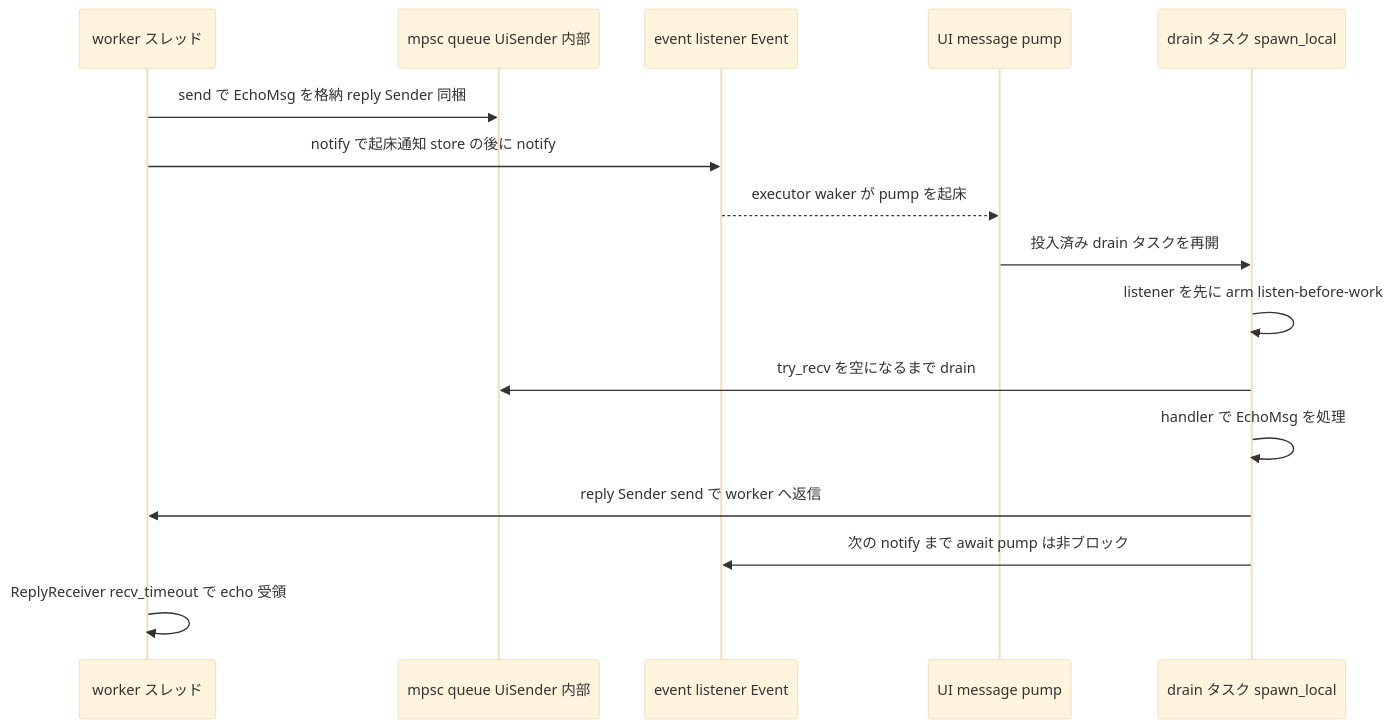
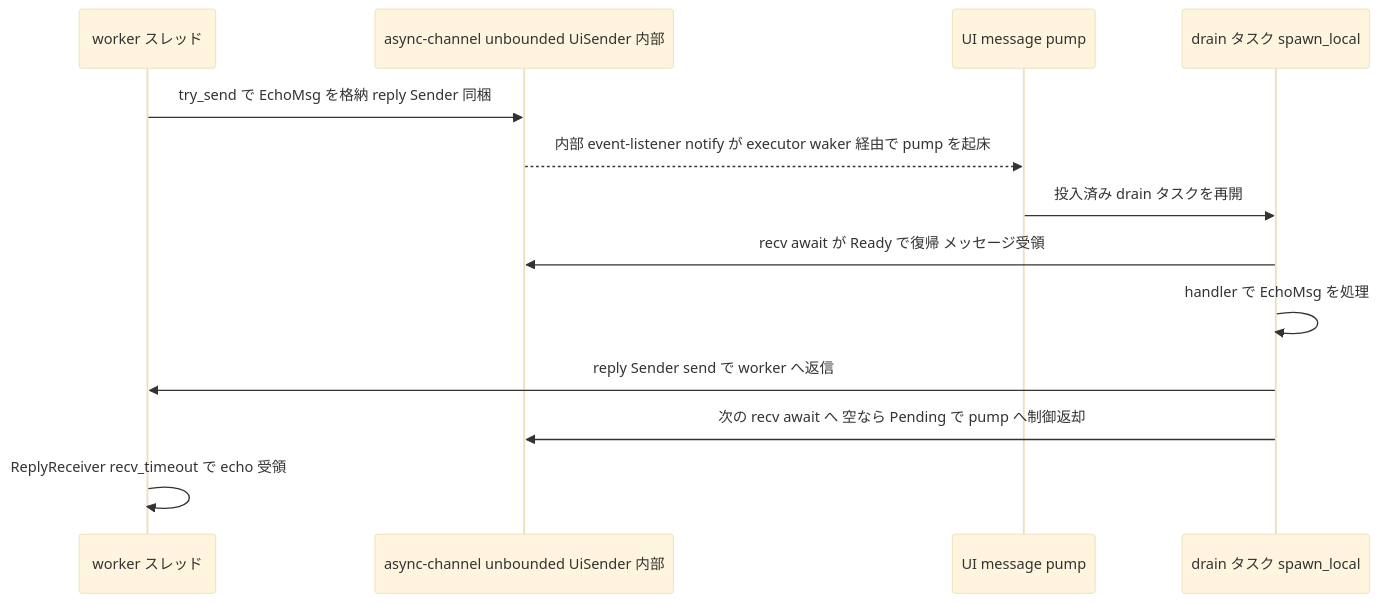
Before and after one commit to ekicyou/areka: the second of 3 diagrams in .kiro/specs/areka-P0-actor-foundation/design.md, drawn with Mermaid (base theme). The commit also changed other lines of this file and 1 other file, not shown here.

Commit message:
docs(areka-P0-actor-foundation): resolve design discussion #1 - UI ブリッジのチャンネルを async-channel 化 (DD-9)

````diff
--- a/.kiro/specs/areka-P0-actor-foundation/design.md
+++ b/.kiro/specs/areka-P0-actor-foundation/design.md
@@ -159,18 +159,15 @@
 ```mermaid
 sequenceDiagram
     participant W as worker スレッド
-    participant Q as mpsc queue UiSender 内部
-    participant E as event listener Event
+    participant C as async-channel unbounded UiSender 内部
     participant P as UI message pump
     participant D as drain タスク spawn_local
-    W->>Q: send で EchoMsg を格納 reply Sender 同梱
-    W->>E: notify で起床通知 store の後に notify
-    E-->>P: executor waker が pump を起床
+    W->>C: try_send で EchoMsg を格納 reply Sender 同梱
+    C-->>P: 内部 event-listener notify が executor waker 経由で pump を起床
     P->>D: 投入済み drain タスクを再開
-    D->>D: listener を先に arm listen-before-work
-    D->>Q: try_recv を空になるまで drain
+    D->>C: recv await が Ready で復帰 メッセージ受領
     D->>D: handler で EchoMsg を処理
     D->>W: reply Sender send で worker へ返信
-    D->>E: 次の notify まで await pump は非ブロック
+    D->>C: 次の recv await へ 空なら Pending で pump へ制御返却
     W->>W: ReplyReceiver recv_timeout で echo 受領
 ```
````
